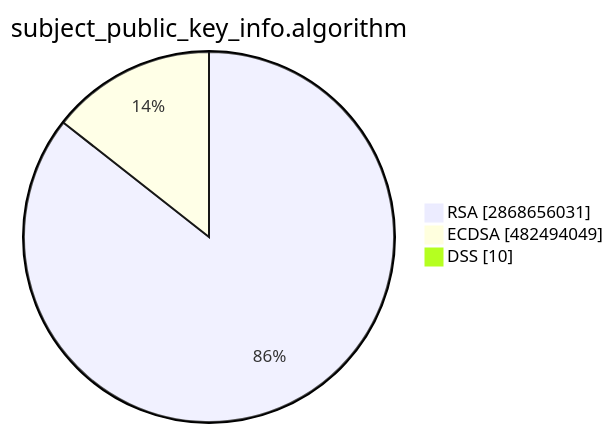
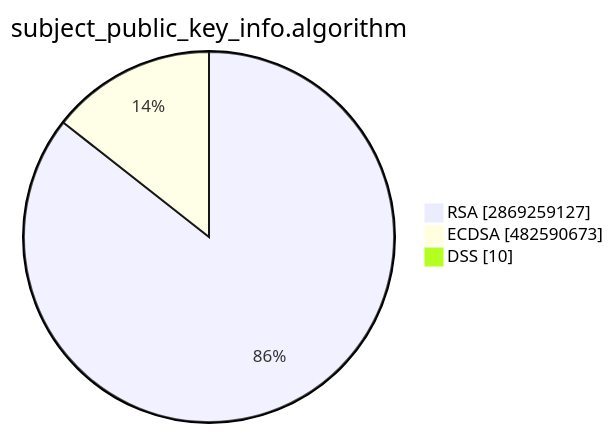
The second of 15 diagrams in TOTAL/README.md (christiankrug/ctmonitor_visualization), drawn with Mermaid before and after one commit. The commit also changed other lines of this file, not shown here.

````diff
--- a/TOTAL/README.md
+++ b/TOTAL/README.md
@@ -6,7 +6,7 @@
 ```mermaid
 pie showData
 title subject_public_key_info.algorithm
-"RSA" :2868656031
-"ECDSA" :482494049
+"RSA" :2869259127
+"ECDSA" :482590673
 "DSS" :10
 ```
````
